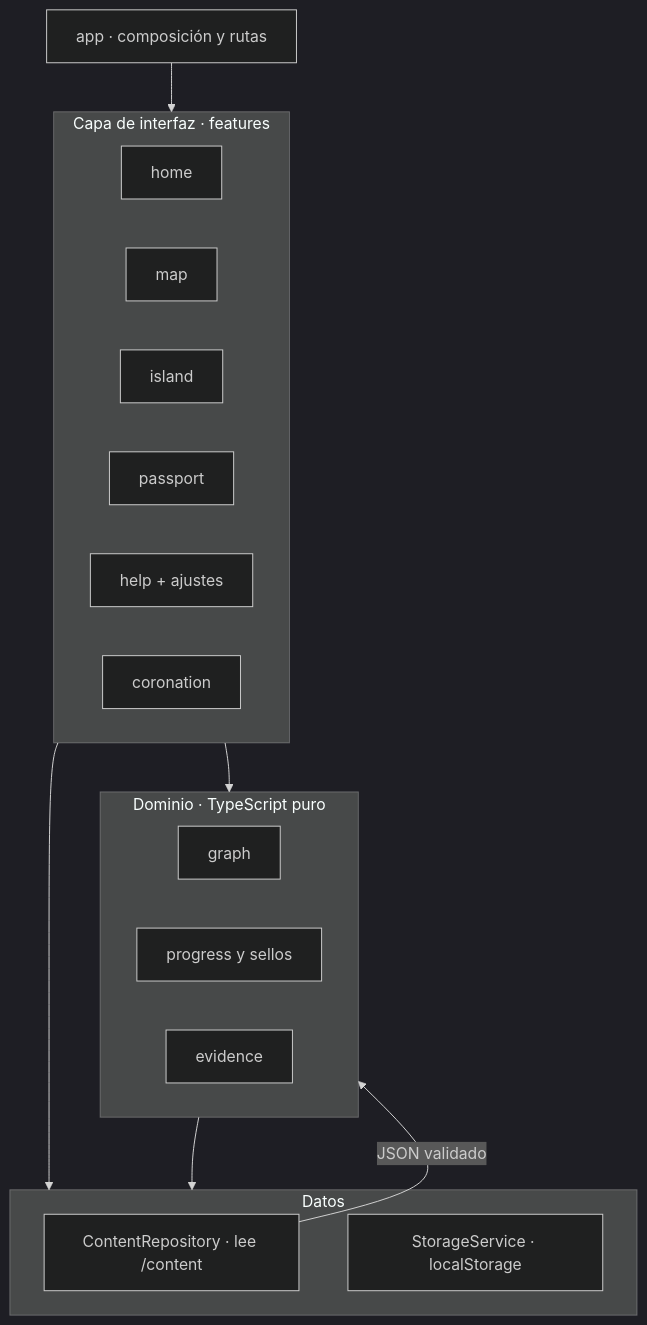
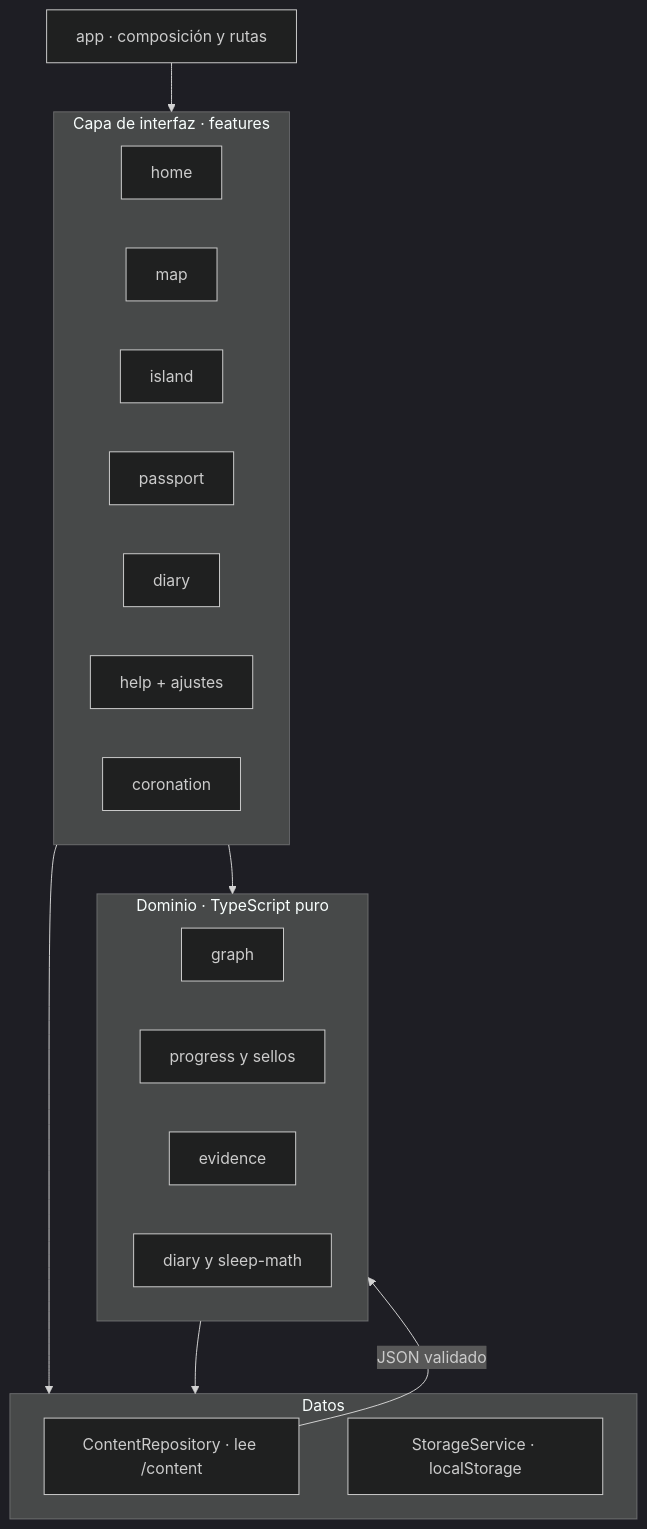
One commit to darman-prog/Nubi changed the diagram in docs/ListadoDocumentos/05-arquitectura-tecnica.md. Above: the diagram before and after it, drawn with Mermaid (dark theme). The commit also changed other lines of this file and 5 other files, not shown here.

````diff
--- a/docs/ListadoDocumentos/05-arquitectura-tecnica.md
+++ b/docs/ListadoDocumentos/05-arquitectura-tecnica.md
@@ -33,26 +33,28 @@
 ```mermaid
 flowchart TB
   APP[app · composición y rutas]
   subgraph UI[Capa de interfaz · features]
     HOM[home]
     MAP[map]
     ISL[island]
     PAS[passport]
+    DIA[diary]
     HLP[help + ajustes]
     COR[coronation]
   end
   subgraph DOM[Dominio · TypeScript puro]
     GRA[graph]
     PRO[progress y sellos]
     EVD[evidence]
+    DRY[diary y sleep-math]
   end
   subgraph DAT[Datos]
     CON[ContentRepository · lee /content]
     STO[StorageService · localStorage]
   end
   APP --> UI
   UI --> DOM
   UI --> DAT
   DOM --> DAT
   CON -->|JSON validado| DOM
 ```
````
